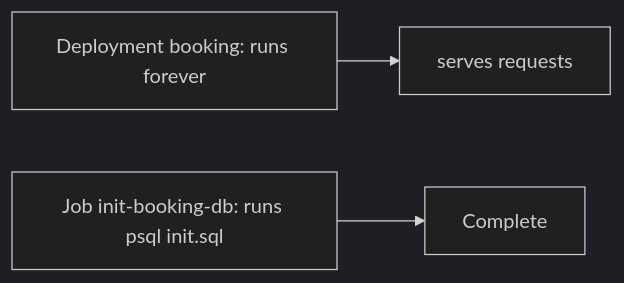
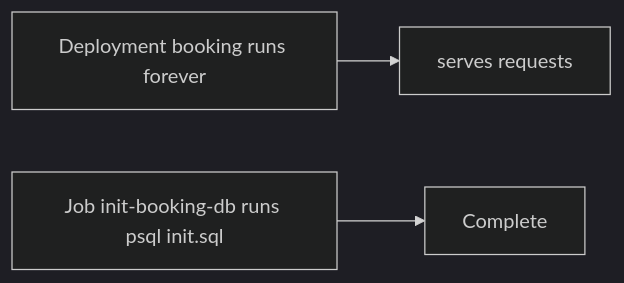
Before and after one commit to darshan-raul/apollo11-docs: the diagram in docs/learn/workloads/jobs-and-initialization.md, drawn with Mermaid (dark theme). The commit also changed other lines of this file and 55 other files, not shown here.

````diff
--- a/docs/learn/workloads/jobs-and-initialization.md
+++ b/docs/learn/workloads/jobs-and-initialization.md
@@ -24,5 +29,5 @@
 ```mermaid
 flowchart LR
-  Dep[Deployment booking: runs forever] --> Srv[serves requests]
-  Job[Job init-booking-db: runs psql init.sql] --> Done[Complete]
+  Dep[Deployment booking runs forever] --> Srv[serves requests]
+  Job[Job init-booking-db runs psql init.sql] --> Done[Complete]
 ```
````
